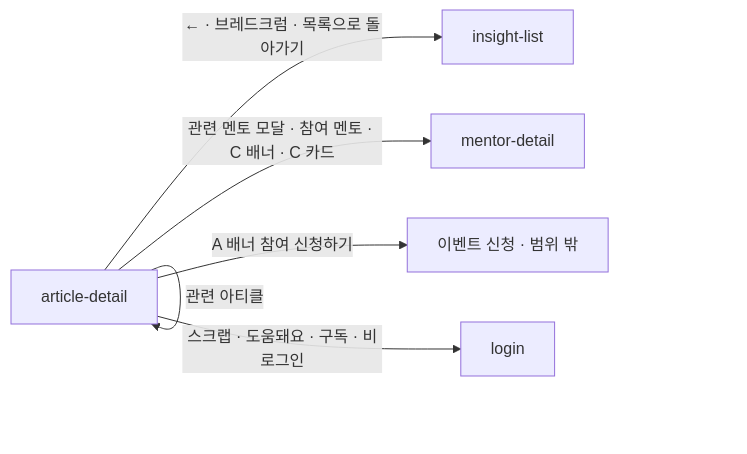
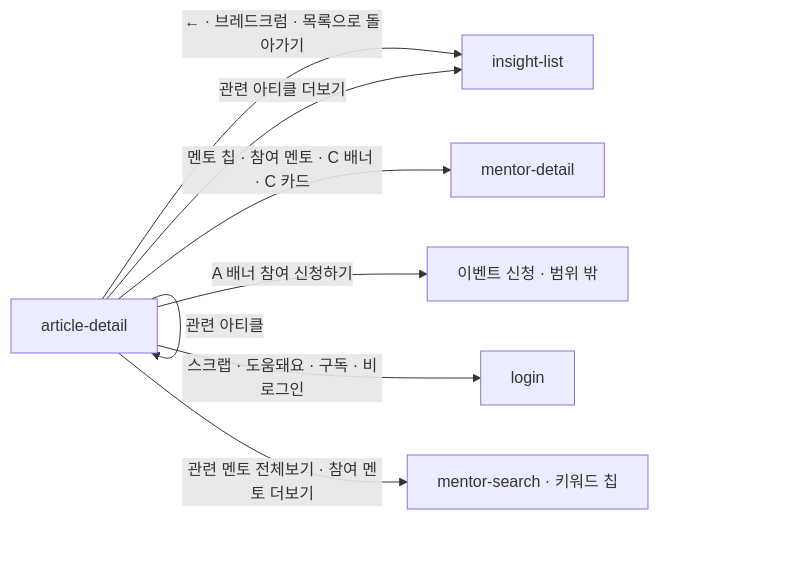
Before and after one commit to jisoo-y-mentree/mentree2-pd-fe: the diagram in design/screens/article-detail/UI-SPEC.md, drawn with Mermaid. The commit also changed other lines of this file and 10 other files, not shown here.

First line of the commit message:
insight-list · article-detail: Figma 1695:90735 개정 4판 — 신규 아티클 피처드 · 건수 줄 · 스크랩 초록 · 더보기 · 관련 멘토 박스

````diff
--- a/design/screens/article-detail/UI-SPEC.md
+++ b/design/screens/article-detail/UI-SPEC.md
@@ -175,13 +177,15 @@
 ```mermaid
 flowchart LR
   ad["article-detail"]
   il["insight-list"]
   md["mentor-detail"]
   ev["이벤트 신청 · 범위 밖"]
   login["login"]
   ad -->|"← · 브레드크럼 · 목록으로 돌아가기"| il
   ad -->|"관련 아티클"| ad
-  ad -->|"관련 멘토 모달 · 참여 멘토 · C 배너 · C 카드"| md
+  ad -->|"관련 아티클 더보기"| il
+  ad -->|"멘토 칩 · 참여 멘토 · C 배너 · C 카드"| md
+  ad -->|"관련 멘토 전체보기 · 참여 멘토 더보기"| ms["mentor-search · 키워드 칩"]
   ad -->|"A 배너 참여 신청하기"| ev
   ad -->|"스크랩 · 도움돼요 · 구독 · 비로그인"| login
 ```
````
